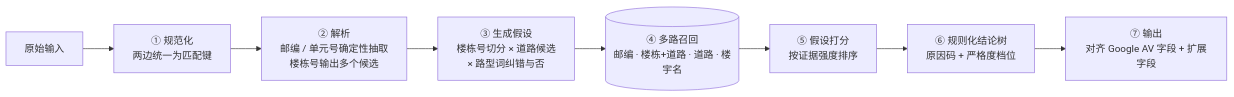
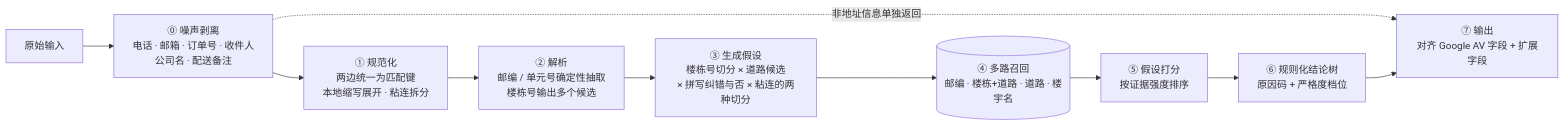
The diagram in docs/07-mvp-technical-validation.md (okccc416/claude), drawn with Mermaid before and after one commit. The commit also changed other lines of this file and 16 other files, not shown here.

````diff
--- a/docs/07-mvp-technical-validation.md
+++ b/docs/07-mvp-technical-validation.md
@@ -27,10 +28,12 @@
 ```mermaid
 flowchart LR
-    IN[原始输入] --> N[① 规范化<br/>两边统一为匹配键]
+    IN[原始输入] --> Z[⓪ 噪声剥离<br/>电话 · 邮箱 · 订单号 · 收件人<br/>公司名 · 配送备注]
+    Z --> N[① 规范化<br/>两边统一为匹配键<br/>本地缩写展开 · 粘连拆分]
     N --> P[② 解析<br/>邮编 / 单元号确定性抽取<br/>楼栋号输出多个候选]
-    P --> H[③ 生成假设<br/>楼栋号切分 × 道路候选<br/>× 路型词纠错与否]
+    P --> H[③ 生成假设<br/>楼栋号切分 × 道路候选<br/>× 拼写纠错与否 × 粘连的两种切分]
+    Z -.非地址信息单独返回.-> O
     H --> R[(④ 多路召回<br/>邮编 · 楼栋+道路 · 道路 · 楼宇名)]
     R --> S[⑤ 假设打分<br/>按证据强度排序]
     S --> V[⑥ 规则化结论树<br/>原因码 + 严格度档位]
     V --> O[⑦ 输出<br/>对齐 Google AV 字段 + 扩展字段]
 ```
````
